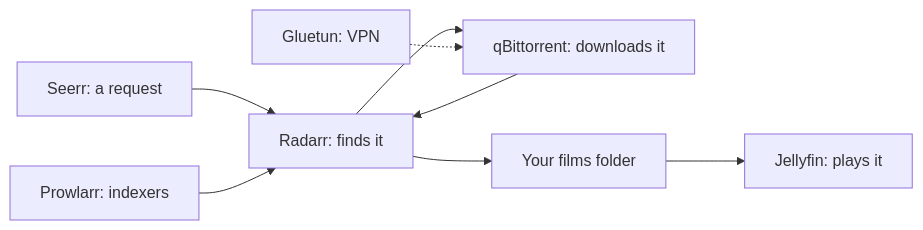
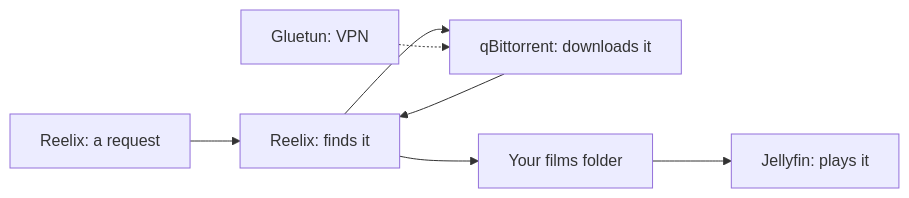
The diagram in docs/help/basics/the-apps.md (TheMightyTRex/starboard), drawn with Mermaid before and after one commit. The commit also changed other lines of this file and 121 other files, not shown here.

````diff
--- a/docs/help/basics/the-apps.md
+++ b/docs/help/basics/the-apps.md
@@ -78,10 +58,9 @@
 ```mermaid
 flowchart LR
-    A["Seerr: a request"] --> B["Radarr: finds it"]
-    P["Prowlarr: indexers"] --> B
+    A["Reelix: a request"] --> B["Reelix: finds it"]
     B --> C["qBittorrent: downloads it"]
     G["Gluetun: VPN"] -.-> C
     C --> B
     B --> D["Your films folder"]
     D --> E["Jellyfin: plays it"]
 ```
````
